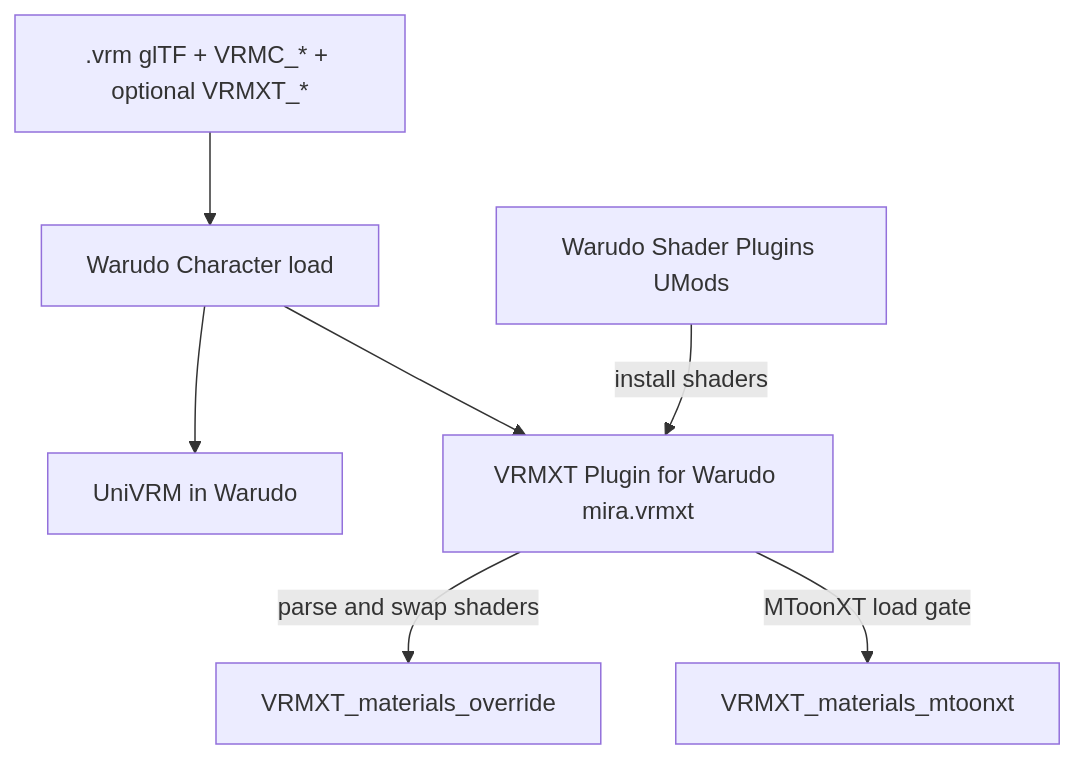
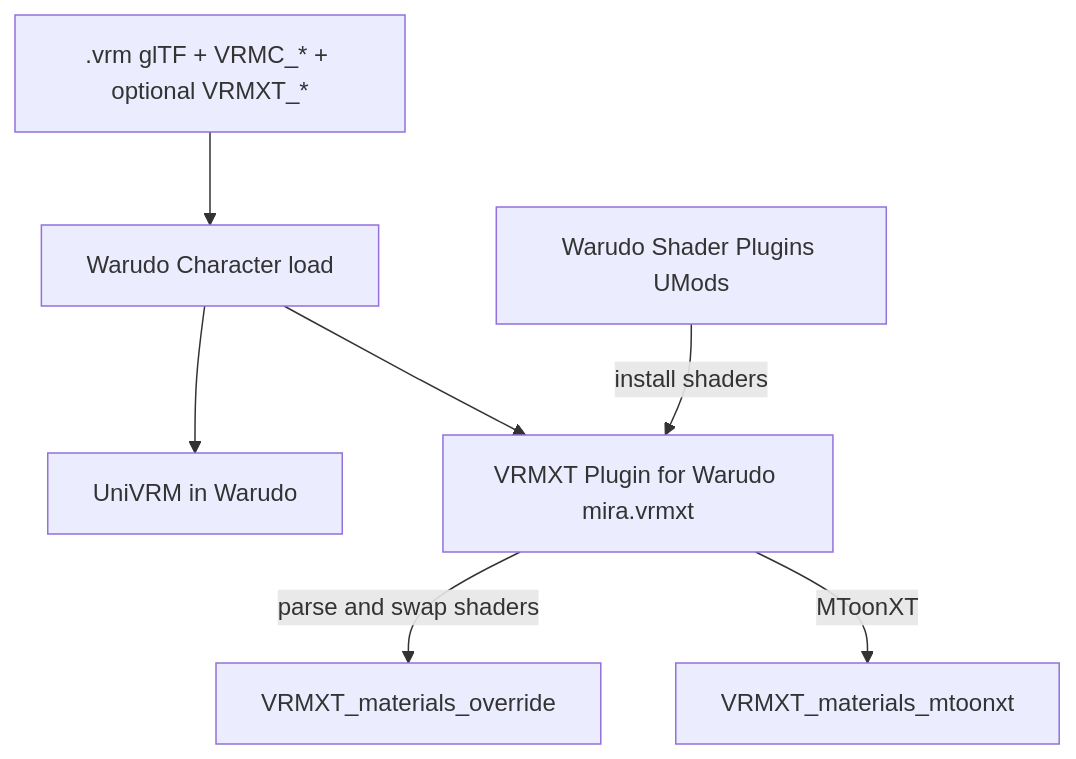
Before and after one commit to miramocha/Extended-VRM-Specs: the second of 3 diagrams in implementations/mtoonxt-liltoon-override-warudo.md, drawn with Mermaid. The commit also changed other lines of this file and 4 other files, not shown here.

````diff
--- a/implementations/mtoonxt-liltoon-override-warudo.md
+++ b/implementations/mtoonxt-liltoon-override-warudo.md
@@ -49,14 +49,14 @@
 ```mermaid
 flowchart TB
   file[".vrm glTF + VRMC_* + optional VRMXT_*"]
   warudo["Warudo Character load"]
   univrm["UniVRM in Warudo"]
   plugin["VRMXT Plugin for Warudo mira.vrmxt"]
   shaders["Warudo Shader Plugins UMods"]
   file --> warudo
   warudo --> univrm
   warudo --> plugin
   shaders -->|"install shaders"| plugin
   plugin -->|"parse and swap shaders"| override["VRMXT_materials_override"]
-  plugin -->|"MToonXT load gate"| mtoonxt["VRMXT_materials_mtoonxt"]
+  plugin -->|"MToonXT"| mtoonxt["VRMXT_materials_mtoonxt"]
 ```
````
